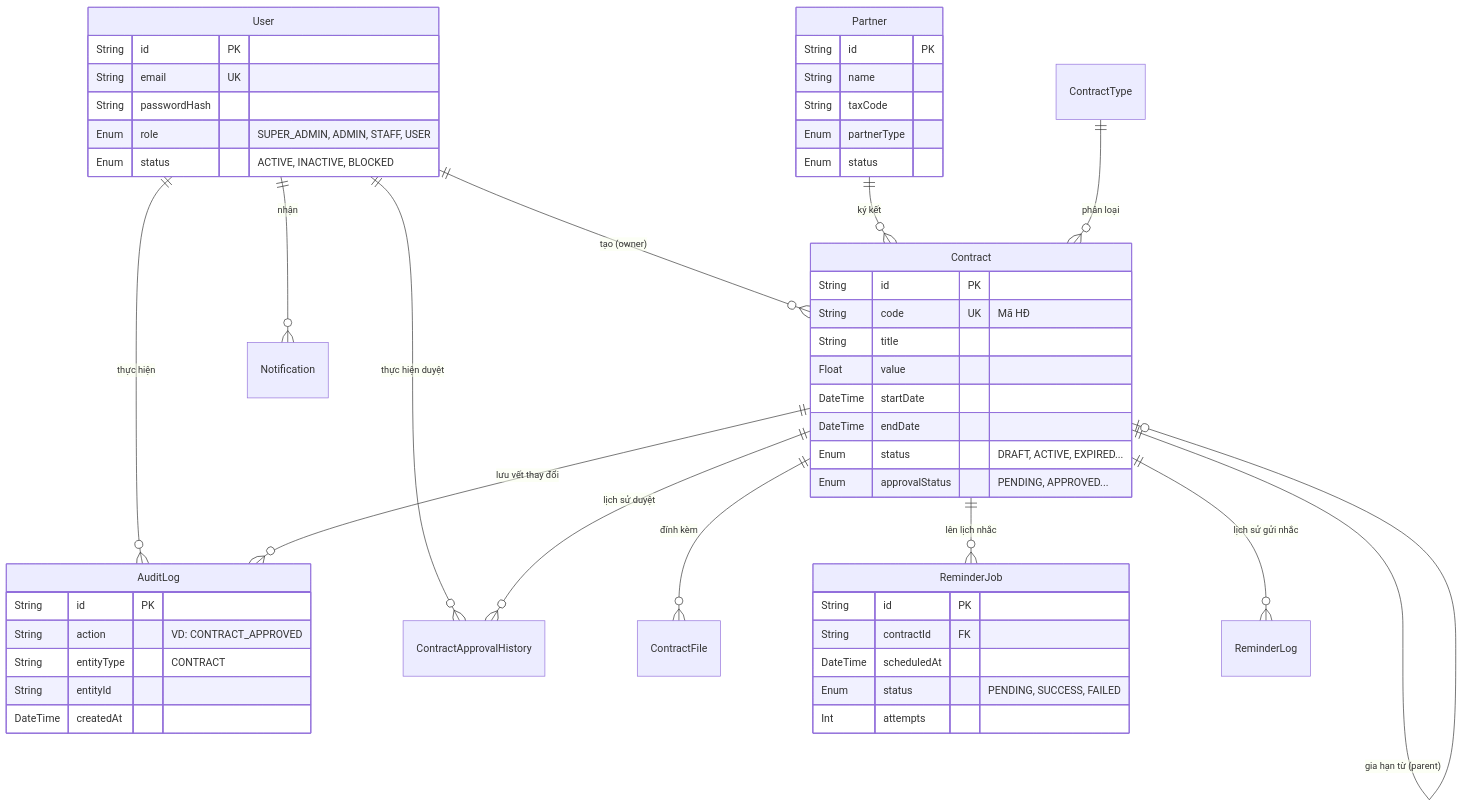
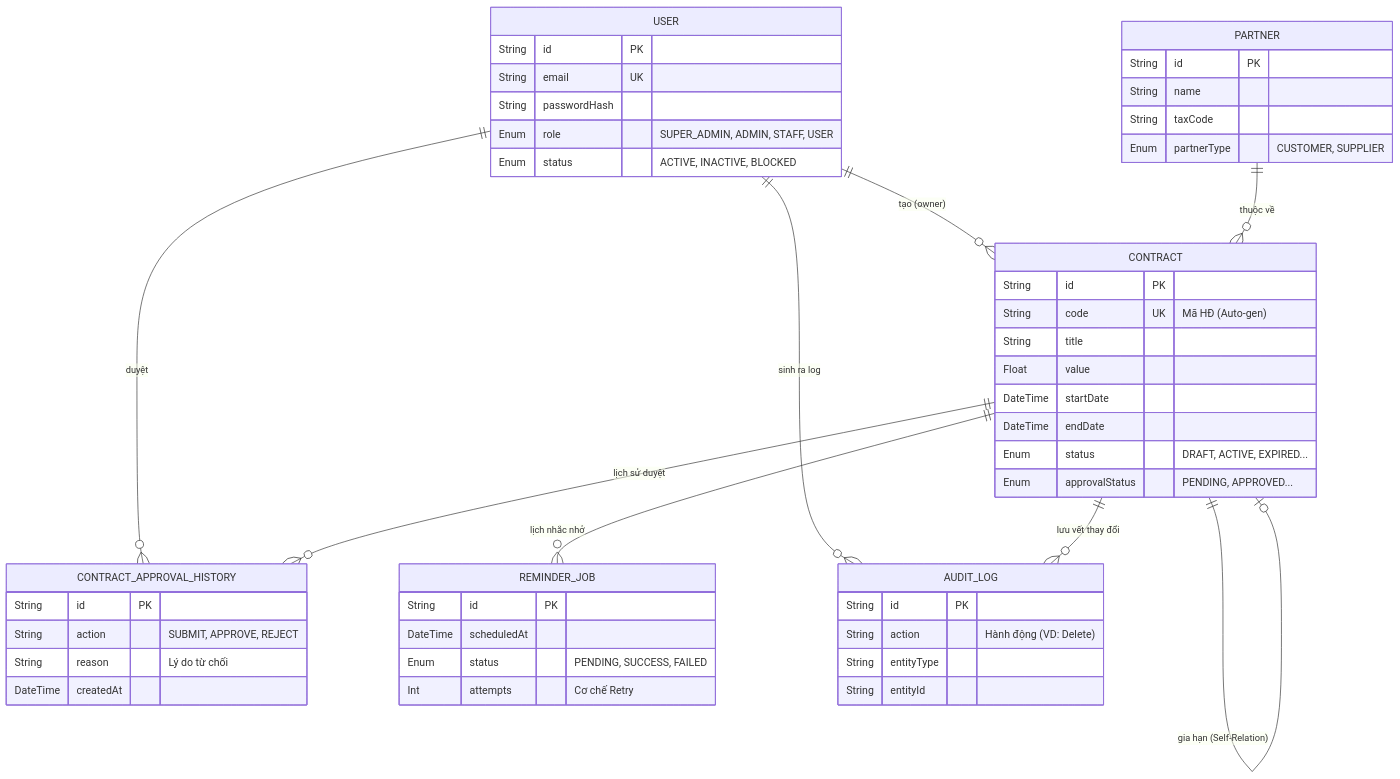
One commit to Terence-0310/QL_HDDV changed the fourth of 4 diagrams in README.md. Above: the diagram before and after it, drawn with Mermaid. The commit also changed other lines of this file, not shown here.

````diff
--- a/README.md
+++ b/README.md
@@ -111,61 +163,62 @@
 ```mermaid
 erDiagram
-    User ||--o{ Contract : "tạo (owner)"
-    User ||--o{ Notification : "nhận"
-    User ||--o{ AuditLog : "thực hiện"
-    User ||--o{ ContractApprovalHistory : "thực hiện duyệt"
-    
-    Partner ||--o{ Contract : "ký kết"
-    ContractType ||--o{ Contract : "phân loại"
-    
-    Contract ||--o{ ContractFile : "đính kèm"
-    Contract ||--o{ ReminderJob : "lên lịch nhắc"
-    Contract ||--o{ ReminderLog : "lịch sử gửi nhắc"
-    Contract ||--o{ ContractApprovalHistory : "lịch sử duyệt"
-    Contract ||--o{ AuditLog : "lưu vết thay đổi"
-
-    Contract ||--o| Contract : "gia hạn từ (parent)"
-
-    User {
+    %% Entities
+    USER {
         String id PK
         String email UK
         String passwordHash
         Enum role "SUPER_ADMIN, ADMIN, STAFF, USER"
         Enum status "ACTIVE, INACTIVE, BLOCKED"
     }
 
-    Contract {
+    CONTRACT {
         String id PK
-        String code UK "Mã HĐ"
+        String code UK "Mã HĐ (Auto-gen)"
         String title
         Float value
         DateTime startDate
         DateTime endDate
         Enum status "DRAFT, ACTIVE, EXPIRED..."
         Enum approvalStatus "PENDING, APPROVED..."
     }
 
-    Partner {
+    PARTNER {
         String id PK
         String name
         String taxCode
-        Enum partnerType
-        Enum status
+        Enum partnerType "CUSTOMER, SUPPLIER"
     }
 
-    ReminderJob {
+    CONTRACT_APPROVAL_HISTORY {
         String id PK
-        String contractId FK
+        String action "SUBMIT, APPROVE, REJECT"
+        String reason "Lý do từ chối"
+        DateTime createdAt
+    }
+
+    REMINDER_JOB {
+        String id PK
         DateTime scheduledAt
         Enum status "PENDING, SUCCESS, FAILED"
-        Int attempts
+        Int attempts "Cơ chế Retry"
     }
 
-    AuditLog {
+    AUDIT_LOG {
         String id PK
-        String action "VD: CONTRACT_APPROVED"
-        String entityType "CONTRACT"
+        String action "Hành động (VD: Delete)"
+        String entityType
         String entityId
-        DateTime createdAt
     }
+
+    %% Relationships
+    USER ||--o{ CONTRACT : "tạo (owner)"
+    USER ||--o{ CONTRACT_APPROVAL_HISTORY : "duyệt"
+    USER ||--o{ AUDIT_LOG : "sinh ra log"
+    
+    PARTNER ||--o{ CONTRACT : "thuộc về"
+    
+    CONTRACT ||--o{ CONTRACT_APPROVAL_HISTORY : "lịch sử duyệt"
+    CONTRACT ||--o{ REMINDER_JOB : "lịch nhắc nhở"
+    CONTRACT ||--o{ AUDIT_LOG : "lưu vết thay đổi"
+    CONTRACT ||--o| CONTRACT : "gia hạn (Self-Relation)"
 ```
````
